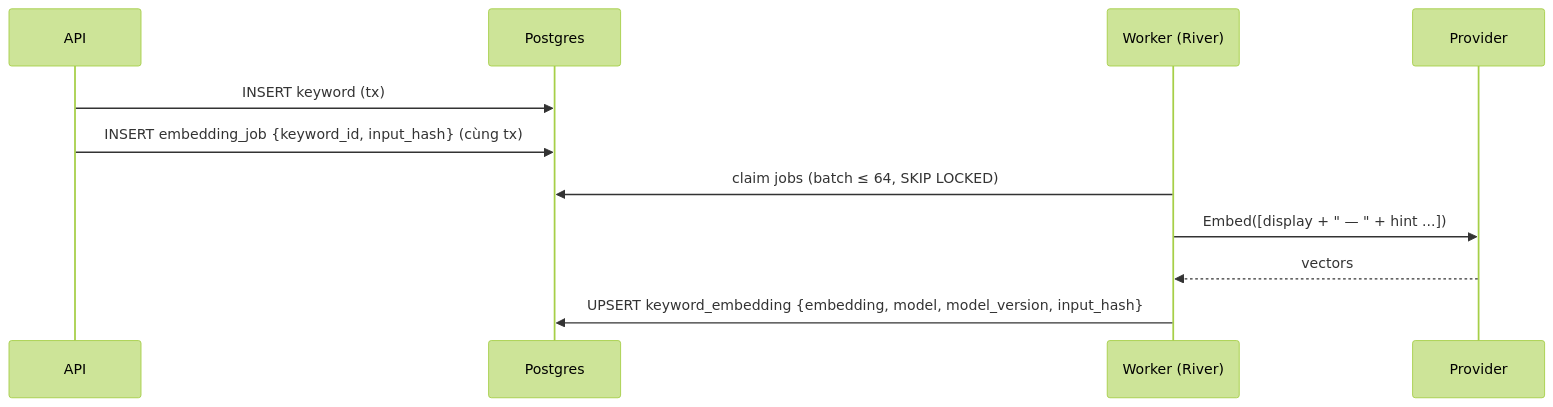
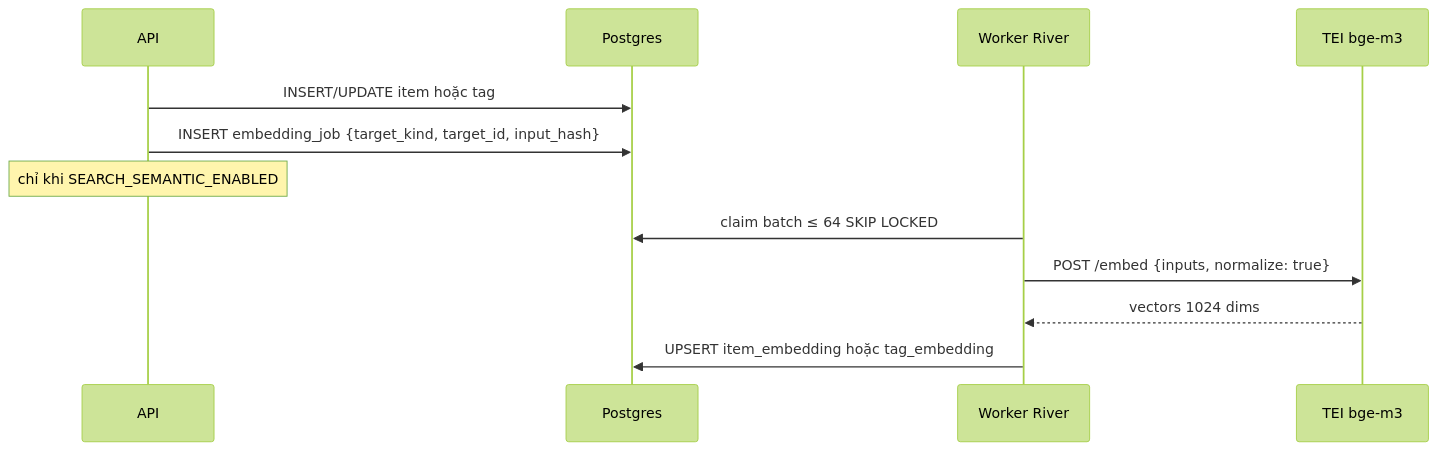
Before and after one commit to zone17th/engram: the fifth of 5 diagrams in docs/SPEC.md, drawn with Mermaid (forest theme). The commit also changed other lines of this file and 1 other file, not shown here.

Commit message:
docs: remodel item as name, tags, typed entries

````diff
--- a/docs/SPEC.md
+++ b/docs/SPEC.md
@@ -573,13 +753,14 @@
 ```mermaid
 sequenceDiagram
     participant A as API
     participant DB as Postgres
-    participant W as Worker (River)
-    participant P as Provider
-    A->>DB: INSERT keyword (tx)
-    A->>DB: INSERT embedding_job {keyword_id, input_hash} (cùng tx)
-    W->>DB: claim jobs (batch ≤ 64, SKIP LOCKED)
-    W->>P: Embed([display + " — " + hint ...])
-    P-->>W: vectors
-    W->>DB: UPSERT keyword_embedding {embedding, model, model_version, input_hash}
+    participant W as Worker River
+    participant T as TEI bge-m3
+    A->>DB: INSERT/UPDATE item hoặc tag
+    A->>DB: INSERT embedding_job {target_kind, target_id, input_hash}
+    Note over A: chỉ khi SEARCH_SEMANTIC_ENABLED
+    W->>DB: claim batch ≤ 64 SKIP LOCKED
+    W->>T: POST /embed {inputs, normalize: true}
+    T-->>W: vectors 1024 dims
+    W->>DB: UPSERT item_embedding hoặc tag_embedding
 ```
````
